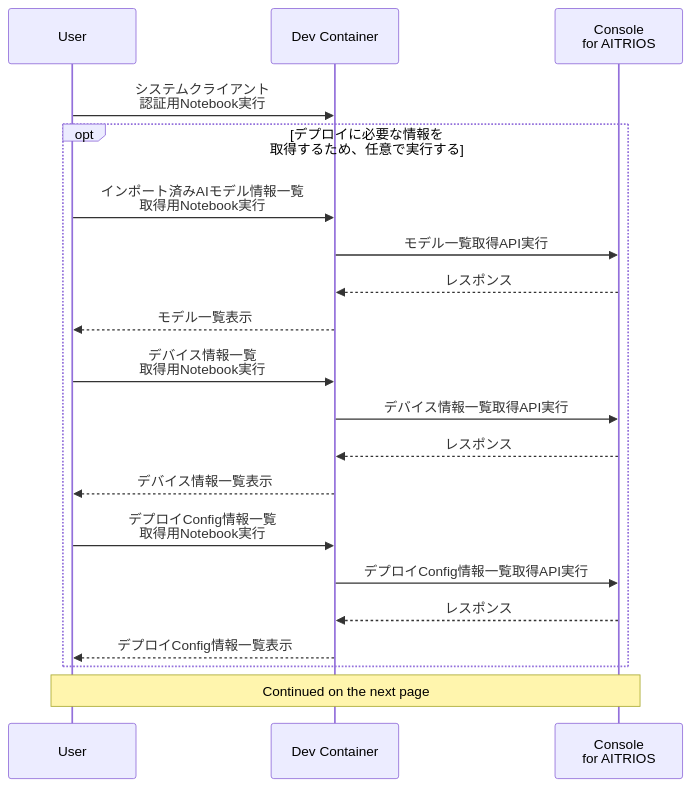
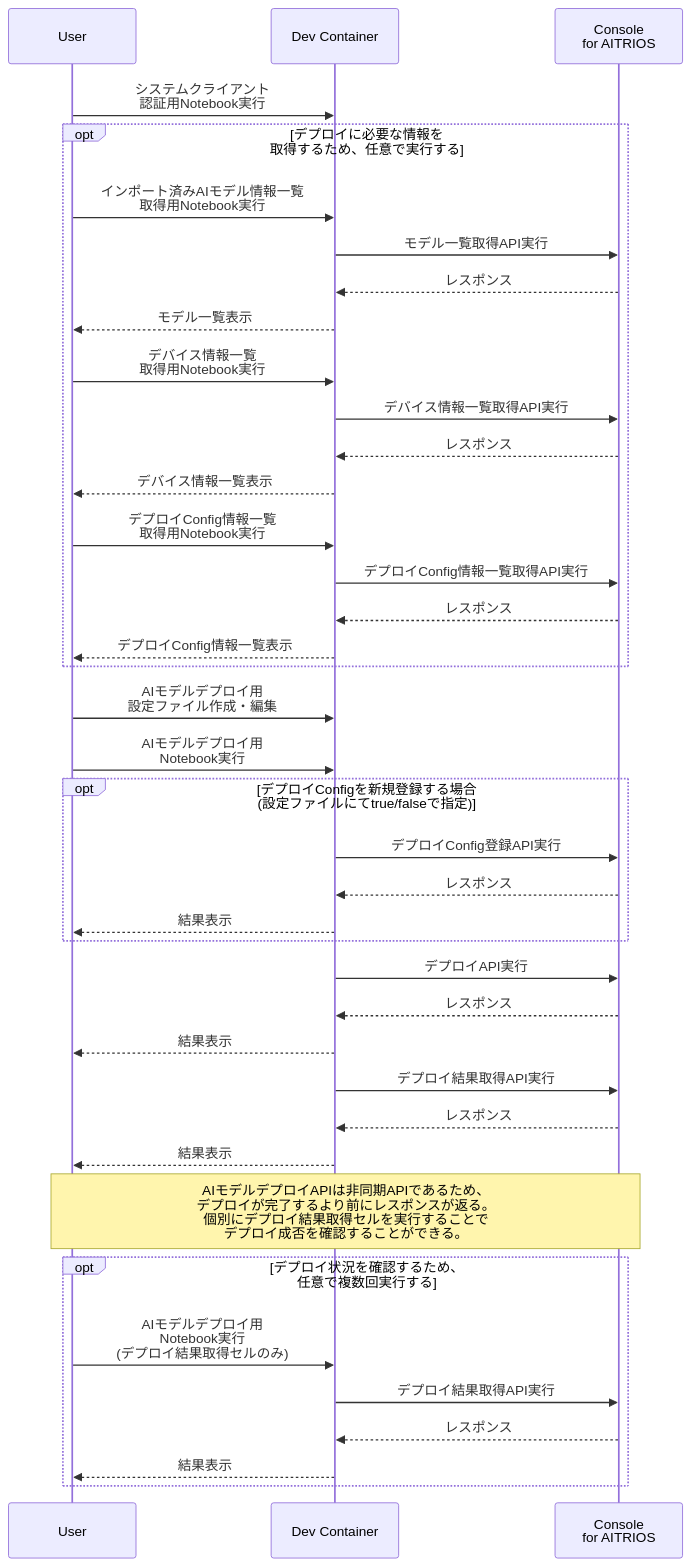
Before and after one commit to ZucchiniTang/aitrios-sdk-vision-sensing-app: the sixth of 9 diagrams in docs/development-docs/AsciiDoc/VisionandSensingApplicationSDK_FuncSpec_ModelAndPPLDeploy_ja.adoc, drawn with Mermaid. The commit also changed other lines of this file and 255 other files, not shown here.

```diff
--- a/docs/development-docs/AsciiDoc/VisionandSensingApplicationSDK_FuncSpec_ModelAndPPLDeploy_ja.adoc
+++ b/docs/development-docs/AsciiDoc/VisionandSensingApplicationSDK_FuncSpec_ModelAndPPLDeploy_ja.adoc
@@ -289,26 +289,47 @@
-[mermaid]
+[mermaid, target="AIモデルデプロイ シーケンス"]
 ----
-%%{init:{'themeCSS':'text.actor {font-size:18px !important;} .messageText {font-size:18px !important;} .loopText {font-size:18px !important;} .noteText {font-size:18px !important;}'}}%%
+%%{init:{'themeCSS':'text.actor {font-size:18px !important;} .messageText {font-size:18px !important;} .labelText {font-size:18px !important;} .loopText {font-size:18px !important;} .noteText {font-size:18px !important;}'}}%%
 sequenceDiagram
   participant User
   participant Dev Container
   participant Console as Console <br> for AITRIOS
 
   User->>Dev Container: システムクライアント <br> 認証用Notebook実行
   opt デプロイに必要な情報を <br> 取得するため、任意で実行する
     User->>Dev Container:インポート済みAIモデル情報一覧 <br> 取得用Notebook実行
     Dev Container->>Console:モデル一覧取得API実行
     Console-->>Dev Container: レスポンス
     Dev Container-->>User: モデル一覧表示
     User->>Dev Container: デバイス情報一覧 <br> 取得用Notebook実行
     Dev Container->>Console:デバイス情報一覧取得API実行
     Console-->>Dev Container: レスポンス
     Dev Container-->>User: デバイス情報一覧表示    
     User->>Dev Container: デプロイConfig情報一覧 <br> 取得用Notebook実行
     Dev Container->>Console:デプロイConfig情報一覧取得API実行
     Console-->>Dev Container: レスポンス
     Dev Container-->>User: デプロイConfig情報一覧表示    
   end
 
-  Note over User, Console: Continued on the next page
+  User->>Dev Container: AIモデルデプロイ用 <br> 設定ファイル作成・編集
+  User->>Dev Container: AIモデルデプロイ用 <br> Notebook実行
+  opt デプロイConfigを新規登録する場合 <br> (設定ファイルにてtrue/falseで指定)
+    Dev Container->>Console: デプロイConfig登録API実行
+    Console-->>Dev Container: レスポンス
+    Dev Container-->>User: 結果表示    
+  end
+  Dev Container->>Console: デプロイAPI実行
+  Console-->>Dev Container: レスポンス
+  Dev Container-->>User: 結果表示
+  Dev Container->>Console: デプロイ結果取得API実行
+  Console-->>Dev Container: レスポンス
+  Dev Container-->>User: 結果表示
+
+  Note over User, Console: AIモデルデプロイAPIは非同期APIであるため、<br> デプロイが完了するより前にレスポンスが返る。 <br> 個別にデプロイ結果取得セルを実行することで <br> デプロイ成否を確認することができる。
+
+  opt デプロイ状況を確認するため、<br> 任意で複数回実行する
+    User->>Dev Container: AIモデルデプロイ用 <br> Notebook実行 <br> (デプロイ結果取得セルのみ)
+    Dev Container->>Console: デプロイ結果取得API実行
+    Console-->>Dev Container: レスポンス
+    Dev Container-->>User: 結果表示
+  end
 ----
```
